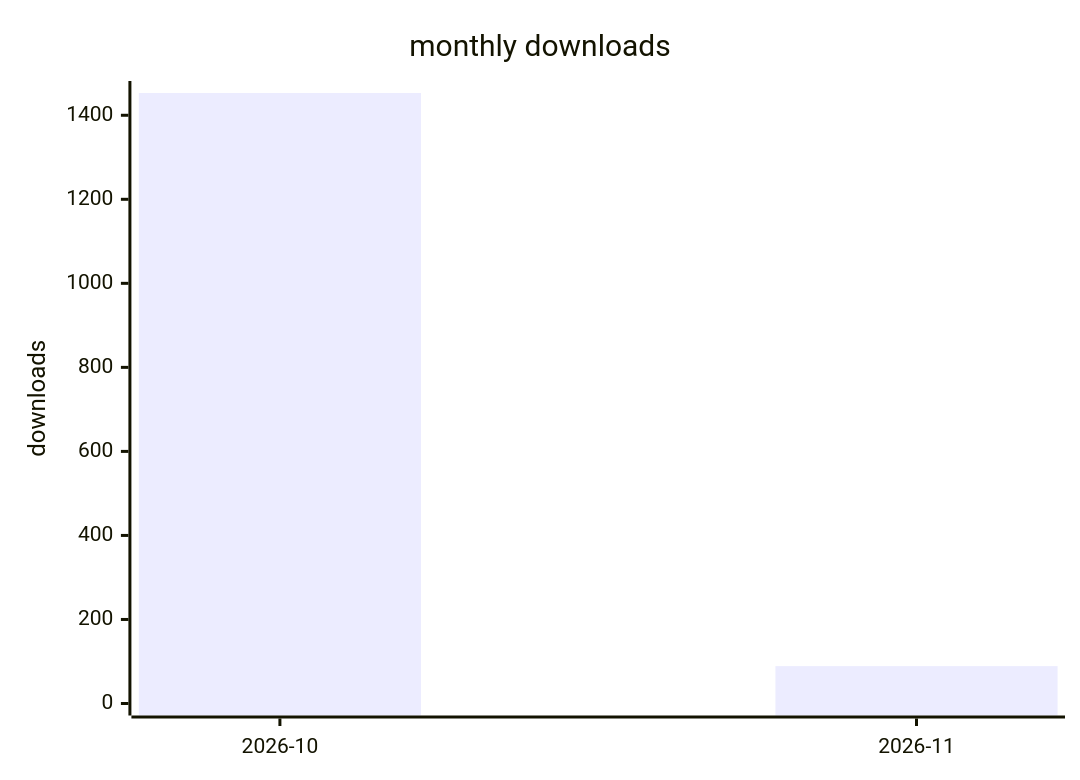
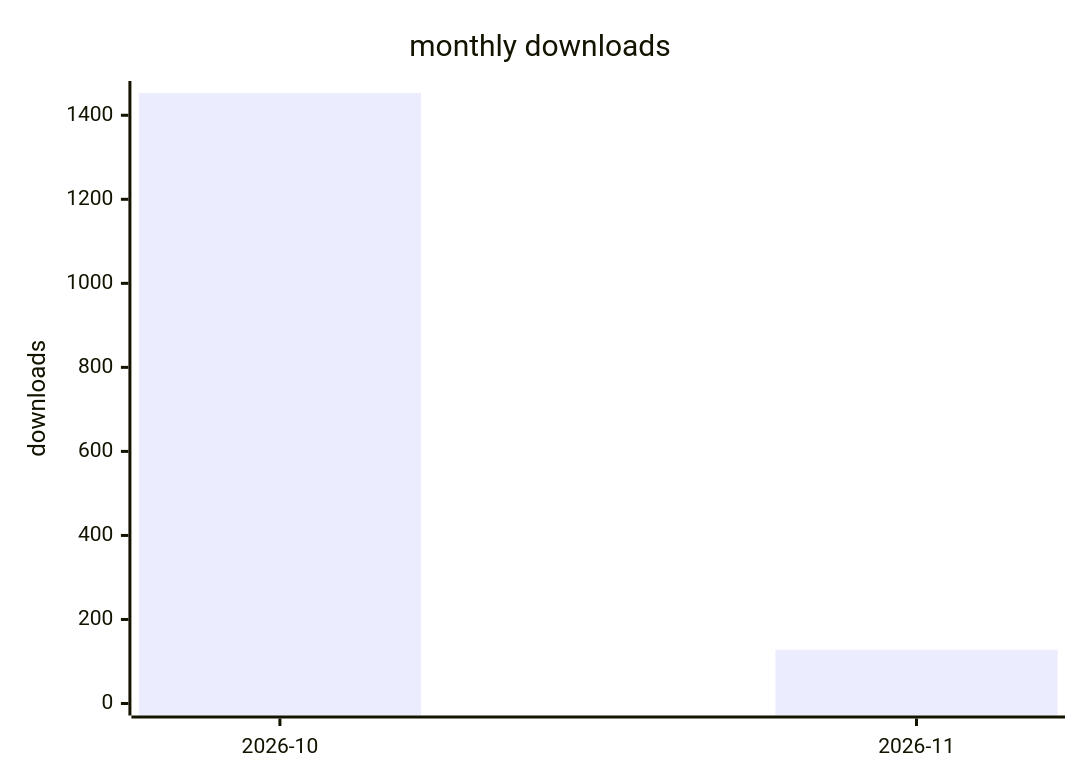
The second of 2 diagrams in docs/downloads-2026.md (terry2010/dsh-loop-recover), drawn with Mermaid before and after one commit. The commit also changed other lines of this file and 1 other file, not shown here.

````diff
--- a/docs/downloads-2026.md
+++ b/docs/downloads-2026.md
@@ -29,7 +29,7 @@
 ```mermaid
 xychart-beta
     title "monthly downloads"
     x-axis ["2026-10", "2026-11"]
     y-axis "downloads" 0 --> 1453
-    bar [1453, 89]
+    bar [1453, 128]
 ```
````
